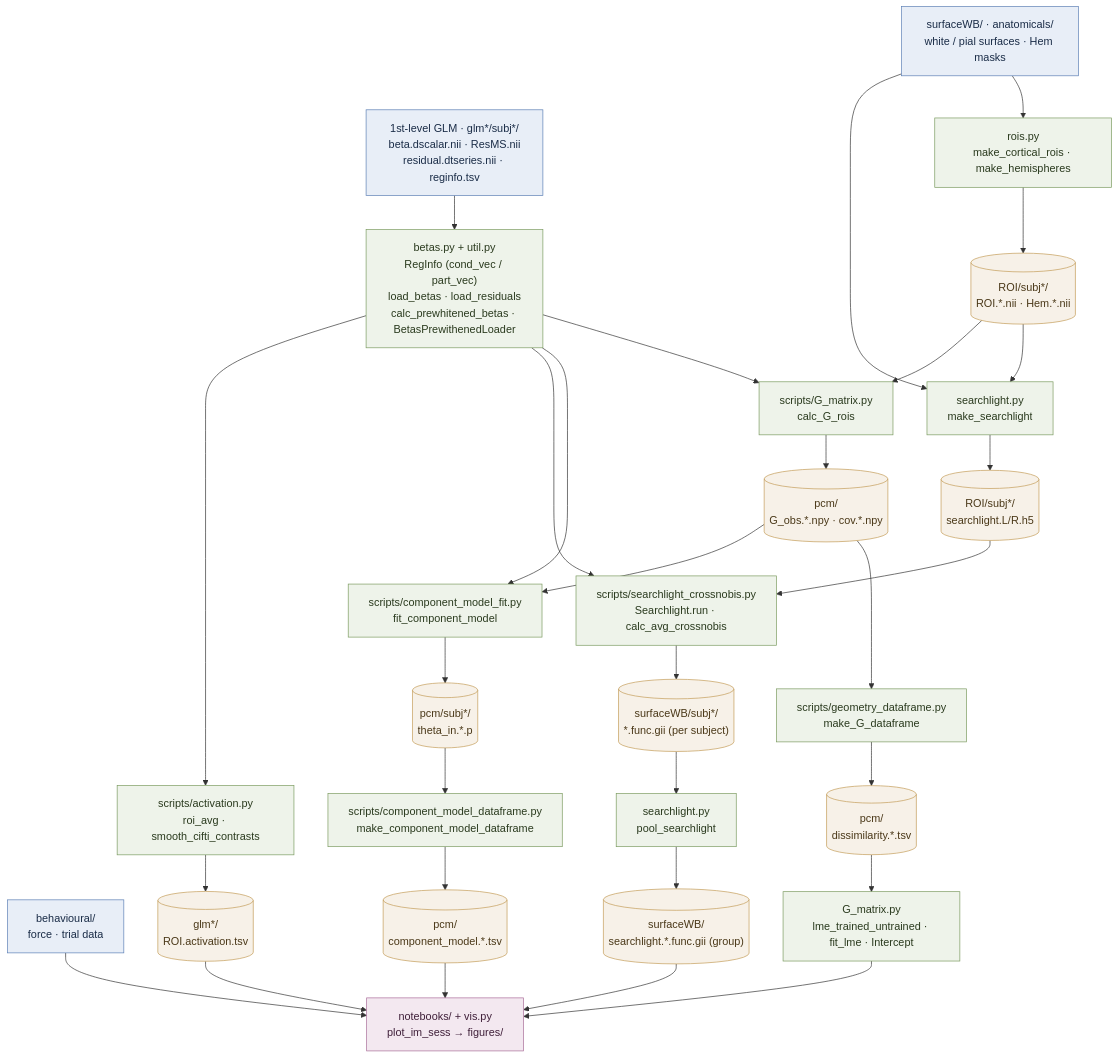
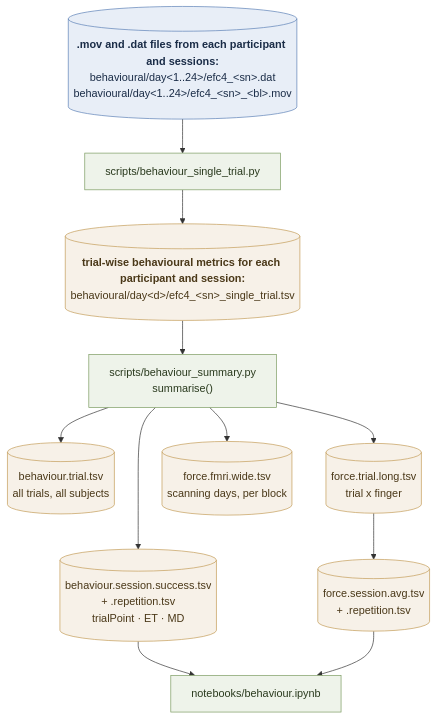
Before and after one commit to mnlmrc/extension-flexion-chords: the diagram in README.md, drawn with Mermaid. The commit also changed other lines of this file, not shown here.

````diff
--- a/README.md
+++ b/README.md
@@ -21,68 +25,39 @@
 ```mermaid
 flowchart TD
-    %% ---------- inputs ----------
-    GLM["1st-level GLM &middot; glm*/subj*/<br/>beta.dscalar.nii &middot; ResMS.nii<br/>residual.dtseries.nii &middot; reginfo.tsv"]:::input
-    SURF["surfaceWB/ &middot; anatomicals/<br/>white / pial surfaces &middot; Hem masks"]:::input
-    BEHAV["behavioural/<br/>force &middot; trial data"]:::input
+    %% ---------- raw ----------
+    RAW[("<b>.mov and .dat files from each participant and sessions:</b><br/>behavioural/day&lt;1..24&gt;/efc4_&lt;sn&gt;.dat<br/>behavioural/day&lt;1..24&gt;/efc4_&lt;sn&gt;_&lt;bl&gt;.mov")]:::input
 
-    %% ---------- ROI & searchlight definition ----------
-    ROIS["rois.py<br/>make_cortical_rois &middot; make_hemispheres"]:::code
-    ROIMASK[("ROI/subj*/<br/>ROI.*.nii &middot; Hem.*.nii")]:::data
-    MKSL["searchlight.py<br/>make_searchlight"]:::code
-    SLH5[("ROI/subj*/<br/>searchlight.L/R.h5")]:::data
+    %% ---------- single trial ----------
+    ST["scripts/behaviour_single_trial.py"]:::code
+    STTSV[("<b>trial-wise behavioural metrics for each participant and session:</b><br/>behavioural/day&lt;d&gt;/efc4_&lt;sn&gt;_single_trial.tsv")]:::data
 
-    SURF --> ROIS --> ROIMASK
-    SURF --> MKSL
-    ROIMASK --> MKSL --> SLH5
+    RAW --> ST
+    ST --> STTSV
 
-    %% ---------- betas / prewhitening ----------
-    REG["betas.py + util.py<br/>RegInfo (cond_vec / part_vec)<br/>load_betas &middot; load_residuals<br/>calc_prewhitened_betas &middot; BetasPrewithenedLoader"]:::code
-    GLM --> REG
+    %% ---------- summary ----------
+    SUM["scripts/behaviour_summary.py<br/>summarise()"]:::code
+    STTSV --> SUM
 
-    %% ---------- ROI multivariate: geometry ----------
-    GMAT["scripts/G_matrix.py<br/>calc_G_rois"]:::code
-    GOBS[("pcm/<br/>G_obs.*.npy &middot; cov.*.npy")]:::data
-    DISS["scripts/geometry_dataframe.py<br/>make_G_dataframe"]:::code
-    DISSTSV[("pcm/<br/>dissimilarity.*.tsv")]:::data
+    TRIAL[("behaviour.trial.tsv<br/>all trials, all subjects")]:::data
+    PERF[("behaviour.session.success.tsv<br/>+ .repetition.tsv<br/>trialPoint &middot; ET &middot; MD")]:::data
+    FLONG[("force.trial.long.tsv<br/>trial x finger")]:::data
+    FSESS[("force.session.avg.tsv<br/>+ .repetition.tsv")]:::data
+    FMRI[("force.fmri.wide.tsv<br/>scanning days, per block")]:::data
 
-    REG --> GMAT
-    ROIMASK --> GMAT --> GOBS --> DISS --> DISSTSV
+    SUM --> TRIAL
+    SUM --> PERF
+    SUM --> FLONG
+    FLONG --> FSESS
+    SUM --> FMRI
 
-    %% ---------- ROI multivariate: PCM ----------
-    PCM["scripts/component_model_fit.py<br/>fit_component_model"]:::code
-    THETA[("pcm/subj*/<br/>theta_in.*.p")]:::data
-    CWDF["scripts/component_model_dataframe.py<br/>make_component_model_dataframe"]:::code
-    CWTSV[("pcm/<br/>component_model.*.tsv")]:::data
+    %% ---------- figures / downstream ----------
+    NB["notebooks/behaviour.ipynb"]:::code
 
-    REG --> PCM
-    GOBS --> PCM --> THETA --> CWDF --> CWTSV
-
-    %% ---------- surface searchlight ----------
-    SLRUN["scripts/searchlight_crossnobis.py<br/>Searchlight.run &middot; calc_avg_crossnobis"]:::code
-    SLSUBJ[("surfaceWB/subj*/<br/>*.func.gii (per subject)")]:::data
-    POOL["searchlight.py<br/>pool_searchlight"]:::code
-    SLGRP[("surfaceWB/<br/>searchlight.*.func.gii (group)")]:::data
-
-    REG --> SLRUN
-    SLH5 --> SLRUN --> SLSUBJ --> POOL --> SLGRP
-
-    %% ---------- univariate activation ----------
-    ACT["scripts/activation.py<br/>roi_avg &middot; smooth_cifti_contrasts"]:::code
-    ACTTSV[("glm*/<br/>ROI.activation.tsv")]:::data
-    REG --> ACT --> ACTTSV
-
-    %% ---------- stats & figures ----------
-    STATS["G_matrix.py<br/>lme_trained_untrained &middot; fit_lme &middot; Intercept"]:::code
-    FIG["notebooks/ + vis.py<br/>plot_im_sess &rarr; figures/"]:::out
-
-    DISSTSV --> STATS --> FIG
-    CWTSV --> FIG
-    SLGRP --> FIG
-    ACTTSV --> FIG
-    BEHAV --> FIG
+    PERF --> NB
+    FSESS --> NB
 
     classDef input fill:#e8eef7,stroke:#5b7fb5,color:#1a2c47;
     classDef code  fill:#eef3ea,stroke:#7a9a5f,color:#2a3a1e;
     classDef data  fill:#f7f1e8,stroke:#c39b56,color:#4a3818;
     classDef out   fill:#f3e8f0,stroke:#a86b97,color:#3f1f39;
 ```
````
